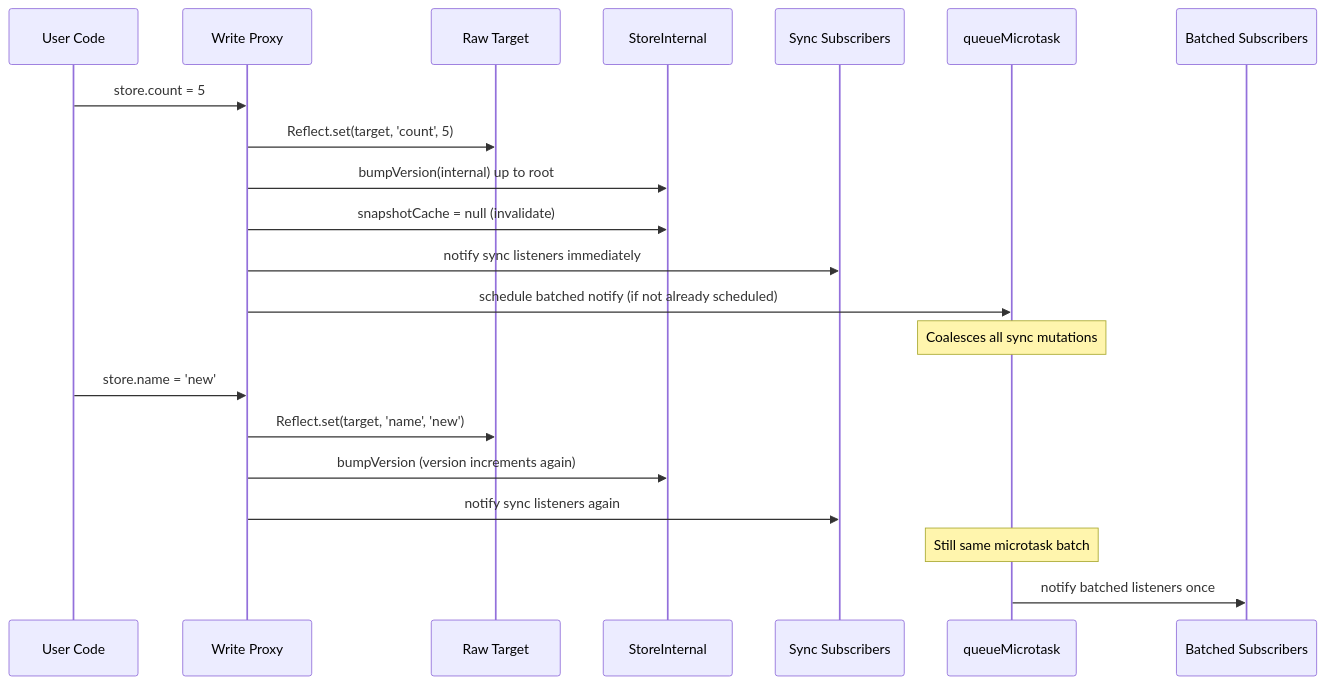
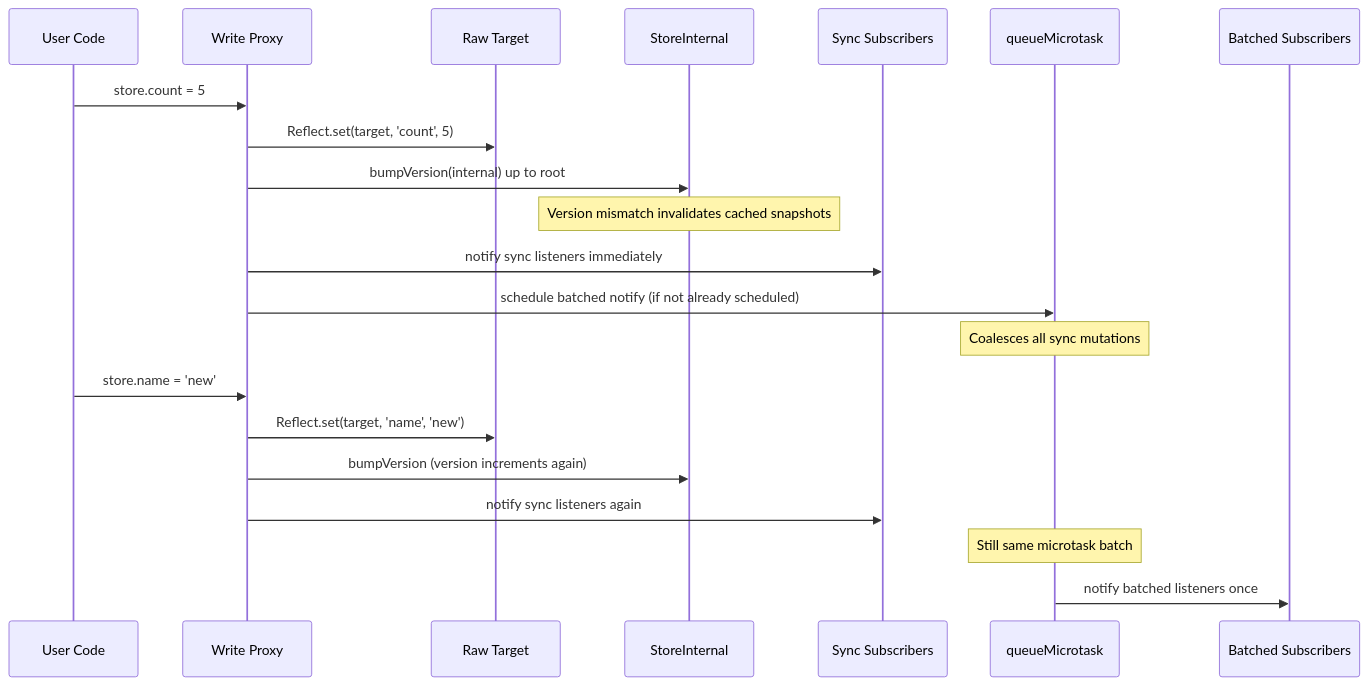
Before and after one commit to codeBelt/classy-store: the second of 8 diagrams in website/docs/ARCHITECTURE.md, drawn with Mermaid. The commit also changed other lines of this file and 15 other files, not shown here.

````diff
--- a/website/docs/ARCHITECTURE.md
+++ b/website/docs/ARCHITECTURE.md
@@ -145,24 +145,24 @@
 ```mermaid
 sequenceDiagram
   participant User as User Code
   participant Proxy as Write Proxy
   participant Target as Raw Target
   participant Internal as StoreInternal
   participant Sync as Sync Subscribers
   participant Micro as queueMicrotask
   participant Batched as Batched Subscribers
 
   User->>Proxy: store.count = 5
   Proxy->>Target: Reflect.set(target, 'count', 5)
   Proxy->>Internal: bumpVersion(internal) up to root
-  Proxy->>Internal: snapshotCache = null (invalidate)
+  Note over Internal: Version mismatch invalidates cached snapshots
   Proxy->>Sync: notify sync listeners immediately
   Proxy->>Micro: schedule batched notify (if not already scheduled)
   Note over Micro: Coalesces all sync mutations
   User->>Proxy: store.name = 'new'
   Proxy->>Target: Reflect.set(target, 'name', 'new')
   Proxy->>Internal: bumpVersion (version increments again)
   Proxy->>Sync: notify sync listeners again
   Note over Micro: Still same microtask batch
   Micro->>Batched: notify batched listeners once
 ```
````
